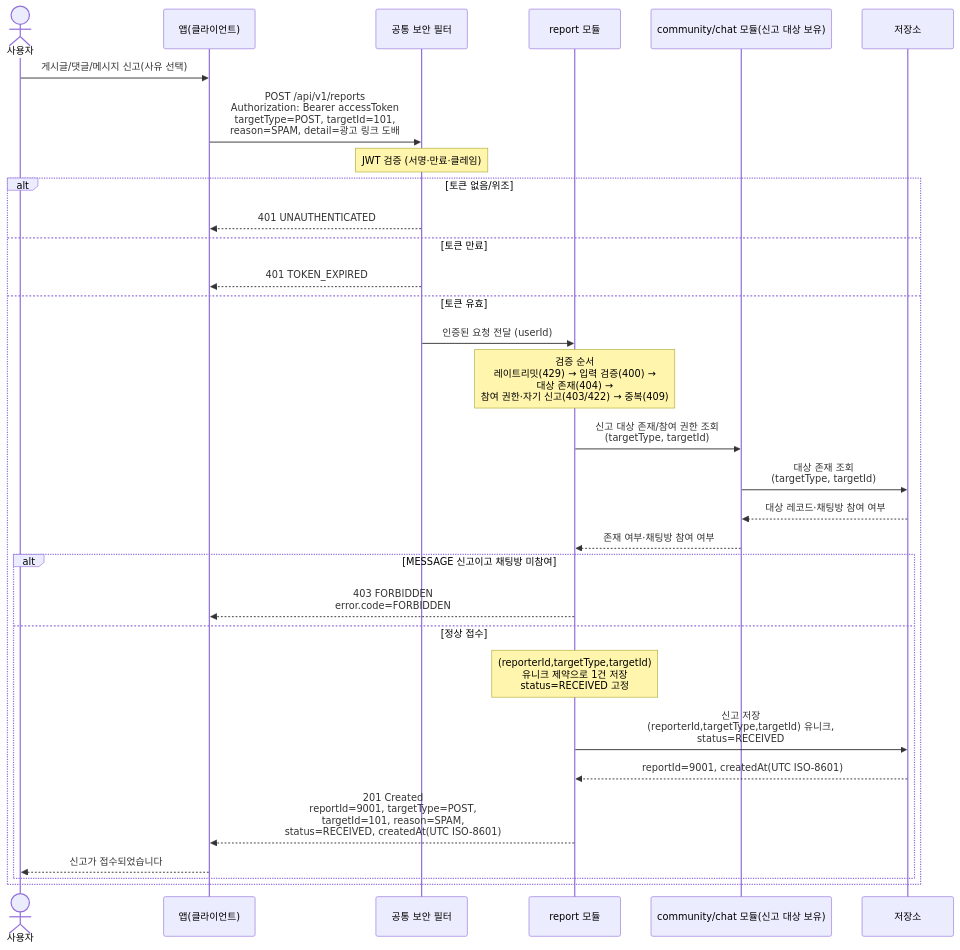
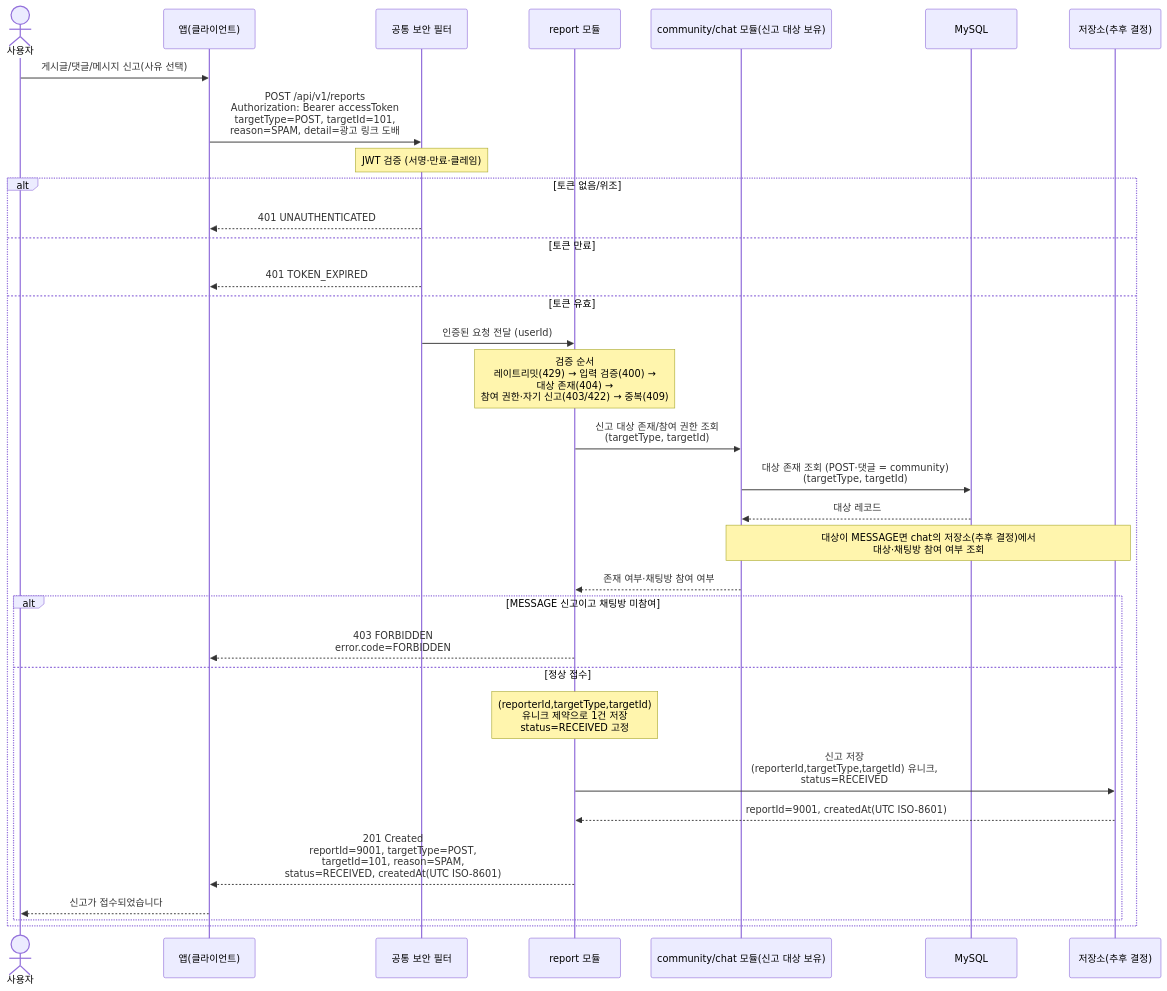
One commit to jameskim9509/Kohere-backend changed the diagram in docs/architecture/sequence-diagrams/07-reports/us-7-1-create-report.md. Above: the diagram before and after it, drawn with Mermaid. The commit also changed other lines of this file and 28 other files, not shown here.

First line of the commit message:
docs(architecture): 시퀀스 다이어그램에 폴리글랏 저장소 반영 (#24)

````diff
--- a/docs/architecture/sequence-diagrams/07-reports/us-7-1-create-report.md
+++ b/docs/architecture/sequence-diagrams/07-reports/us-7-1-create-report.md
@@ -5,34 +5,36 @@
 ```mermaid
 sequenceDiagram
     actor U as 사용자
     participant C as 앱(클라이언트)
     participant SEC as 공통 보안 필터
     participant REPORT as report 모듈
     participant TGT as community/chat 모듈(신고 대상 보유)
-    participant DB as 저장소
+    participant SQL as MySQL
+    participant XDB as 저장소(추후 결정)
 
     U->>C: 게시글/댓글/메시지 신고(사유 선택)
     C->>SEC: POST /api/v1/reports<br/>Authorization: Bearer accessToken<br/>targetType=POST, targetId=101,<br/>reason=SPAM, detail=광고 링크 도배
     Note over SEC: JWT 검증 (서명·만료·클레임)
     alt 토큰 없음/위조
         SEC-->>C: 401 UNAUTHENTICATED
     else 토큰 만료
         SEC-->>C: 401 TOKEN_EXPIRED
     else 토큰 유효
         SEC->>REPORT: 인증된 요청 전달 (userId)
         Note over REPORT: 검증 순서<br/>레이트리밋(429) → 입력 검증(400) →<br/>대상 존재(404) →<br/>참여 권한·자기 신고(403/422) → 중복(409)
         REPORT->>TGT: 신고 대상 존재/참여 권한 조회<br/>(targetType, targetId)
-        TGT->>DB: 대상 존재 조회<br/>(targetType, targetId)
-        DB-->>TGT: 대상 레코드·채팅방 참여 여부
+        TGT->>SQL: 대상 존재 조회 (POST·댓글 = community)<br/>(targetType, targetId)
+        SQL-->>TGT: 대상 레코드
+        Note over TGT,XDB: 대상이 MESSAGE면 chat의 저장소(추후 결정)에서<br/>대상·채팅방 참여 여부 조회
         TGT-->>REPORT: 존재 여부·채팅방 참여 여부
         alt MESSAGE 신고이고 채팅방 미참여
             REPORT-->>C: 403 FORBIDDEN<br/>error.code=FORBIDDEN
         else 정상 접수
             Note over REPORT: (reporterId,targetType,targetId)<br/>유니크 제약으로 1건 저장<br/>status=RECEIVED 고정
-            REPORT->>DB: 신고 저장<br/>(reporterId,targetType,targetId) 유니크,<br/>status=RECEIVED
-            DB-->>REPORT: reportId=9001, createdAt(UTC ISO-8601)
+            REPORT->>XDB: 신고 저장<br/>(reporterId,targetType,targetId) 유니크,<br/>status=RECEIVED
+            XDB-->>REPORT: reportId=9001, createdAt(UTC ISO-8601)
             REPORT-->>C: 201 Created<br/>reportId=9001, targetType=POST,<br/>targetId=101, reason=SPAM,<br/>status=RECEIVED, createdAt(UTC ISO-8601)
             C-->>U: 신고가 접수되었습니다
         end
     end
 ```
````
